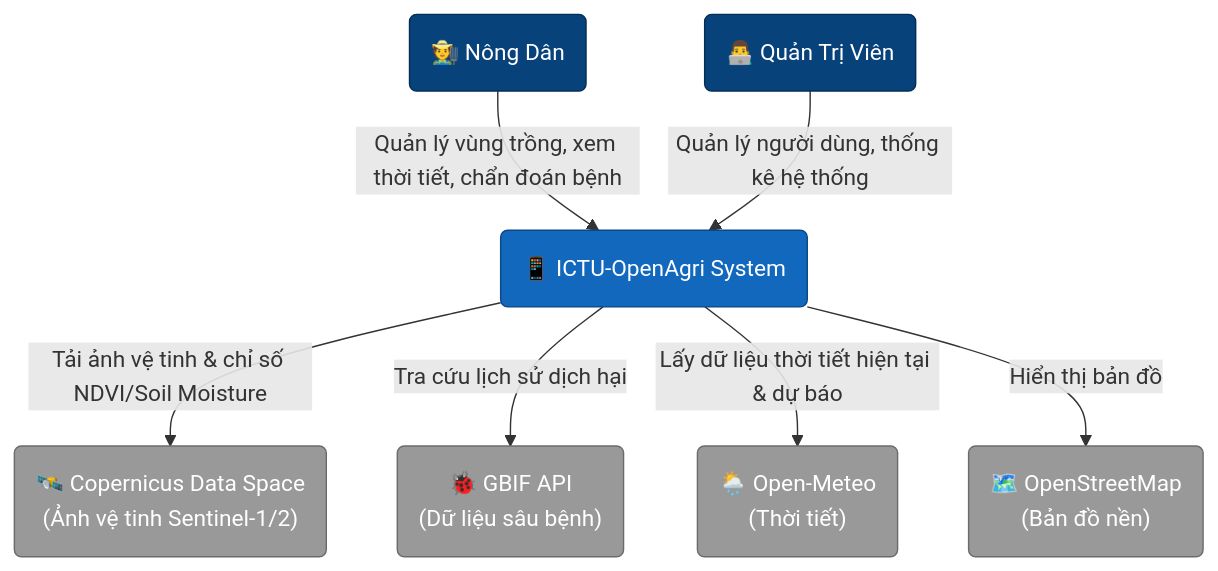
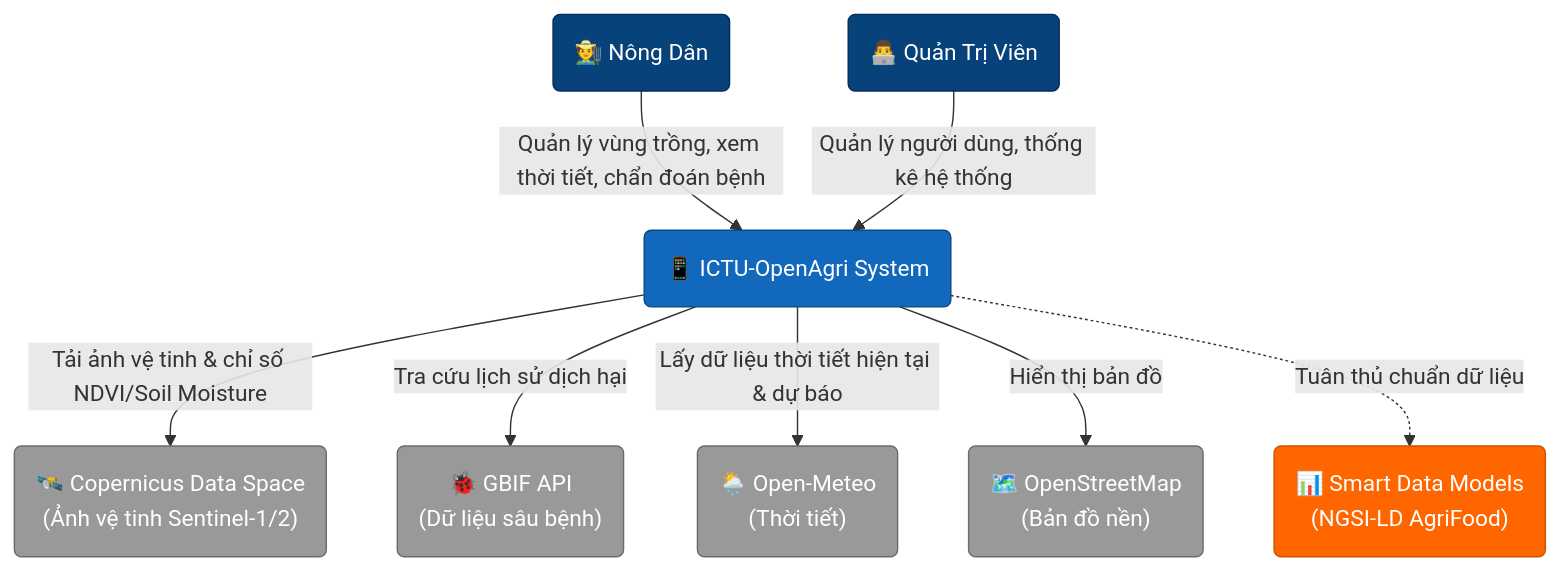
One commit to nguyentrananhhoang13122005/ICTU-OpenAgri-2 changed the first of 4 diagrams in README.md. Above: the diagram before and after it, drawn with Mermaid. The commit also changed other lines of this file, not shown here.

Commit message:
docs: update README with FIWARE integration and NGSI-LD

````diff
--- a/README.md
+++ b/README.md
@@ -280,26 +305,29 @@
 ```mermaid
 graph TD
     %% Styles
     classDef person fill:#08427b,stroke:#052e56,color:white;
     classDef system fill:#1168bd,stroke:#0b4884,color:white;
     classDef external fill:#999999,stroke:#6b6b6b,color:white;
+    classDef fiware fill:#ff6600,stroke:#cc5200,color:white;
 
     %% Nodes
     Farmer("🧑‍🌾 Nông Dân"):::person
     Admin("👨‍💻 Quản Trị Viên"):::person
 
     System("📱 ICTU-OpenAgri System"):::system
 
     Copernicus("🛰️ Copernicus Data Space<br>(Ảnh vệ tinh Sentinel-1/2)"):::external
     GBIF("🐞 GBIF API<br>(Dữ liệu sâu bệnh)"):::external
     Weather("🌦️ Open-Meteo<br>(Thời tiết)"):::external
     OSM("🗺️ OpenStreetMap<br>(Bản đồ nền)"):::external
+    SmartDataModels("📊 Smart Data Models<br>(NGSI-LD AgriFood)"):::fiware
 
     %% Relationships
     Farmer -->|Quản lý vùng trồng, xem thời tiết, chẩn đoán bệnh| System
     Admin -->|Quản lý người dùng, thống kê hệ thống| System
     System -->|Tải ảnh vệ tinh & chỉ số NDVI/Soil Moisture| Copernicus
     System -->|Tra cứu lịch sử dịch hại| GBIF
     System -->|Lấy dữ liệu thời tiết hiện tại & dự báo| Weather
     System -->|Hiển thị bản đồ| OSM
+    System -.->|Tuân thủ chuẩn dữ liệu| SmartDataModels
 ```
````
